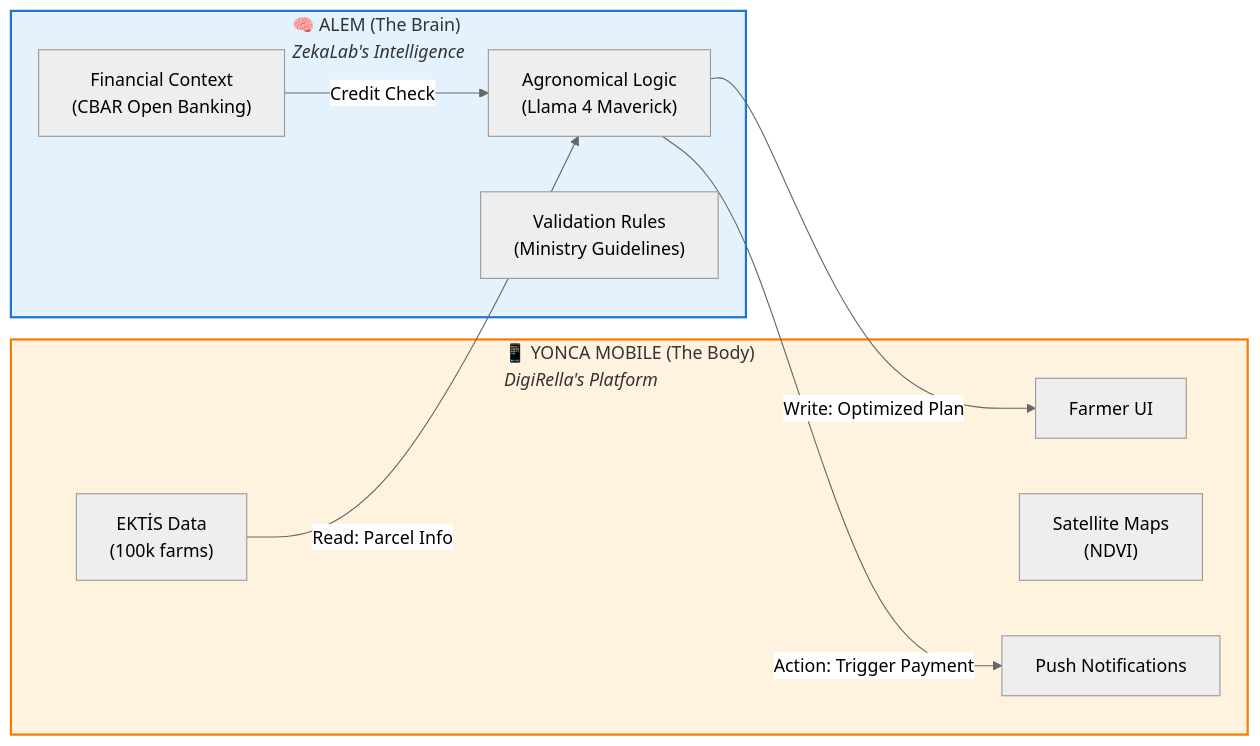
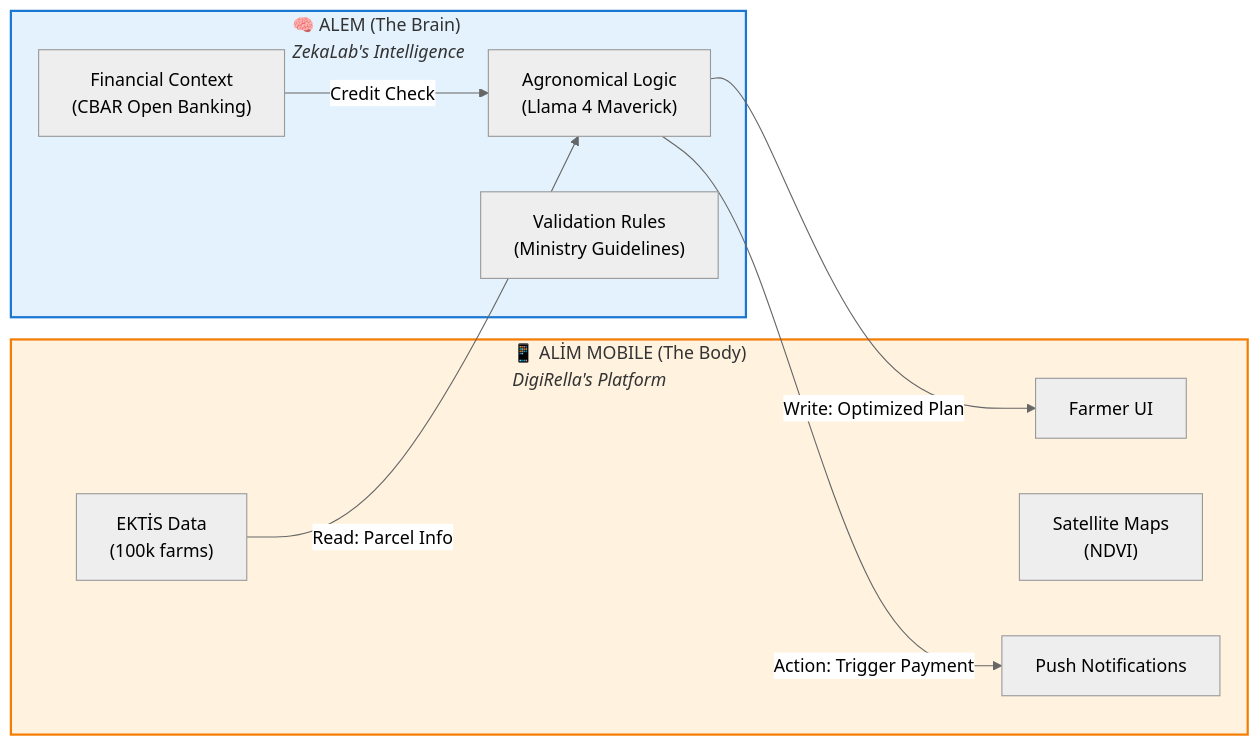
One commit to Px8Studio/yonja changed the ninth of 10 diagrams in docs/zekalab/18-ENTERPRISE-INTEGRATION-ROADMAP.md. Above: the diagram before and after it, drawn with Mermaid. The commit also changed other lines of this file and 259 other files, not shown here.

````diff
--- a/docs/zekalab/18-ENTERPRISE-INTEGRATION-ROADMAP.md
+++ b/docs/zekalab/18-ENTERPRISE-INTEGRATION-ROADMAP.md
@@ -393,24 +393,24 @@
 ```mermaid
 %%{init: {'theme': 'neutral'}}%%
 flowchart LR
-    subgraph yonca["📱 YONCA MOBILE (The Body)<br/><i>DigiRella's Platform</i>"]
+    subgraph ALİM["📱 ALİM MOBILE (The Body)<br/><i>DigiRella's Platform</i>"]
         ui["Farmer UI"]
         data["EKTİS Data<br/>(100k farms)"]
         maps["Satellite Maps<br/>(NDVI)"]
         notif["Push Notifications"]
     end
 
     subgraph alem["🧠 ALEM (The Brain)<br/><i>ZekaLab's Intelligence</i>"]
         logic["Agronomical Logic<br/>(Llama 4 Maverick)"]
         rules["Validation Rules<br/>(Ministry Guidelines)"]
         banking["Financial Context<br/>(CBAR Open Banking)"]
     end
 
     data -->|"Read: Parcel Info"| logic
     logic -->|"Write: Optimized Plan"| ui
     banking -->|"Credit Check"| logic
     logic -->|"Action: Trigger Payment"| notif
 
-    style yonca fill:#fff3e0,stroke:#f57c00,stroke-width:2px
+    style ALİM fill:#fff3e0,stroke:#f57c00,stroke-width:2px
     style alem fill:#e3f2fd,stroke:#1976d2,stroke-width:2px
 ```
````
